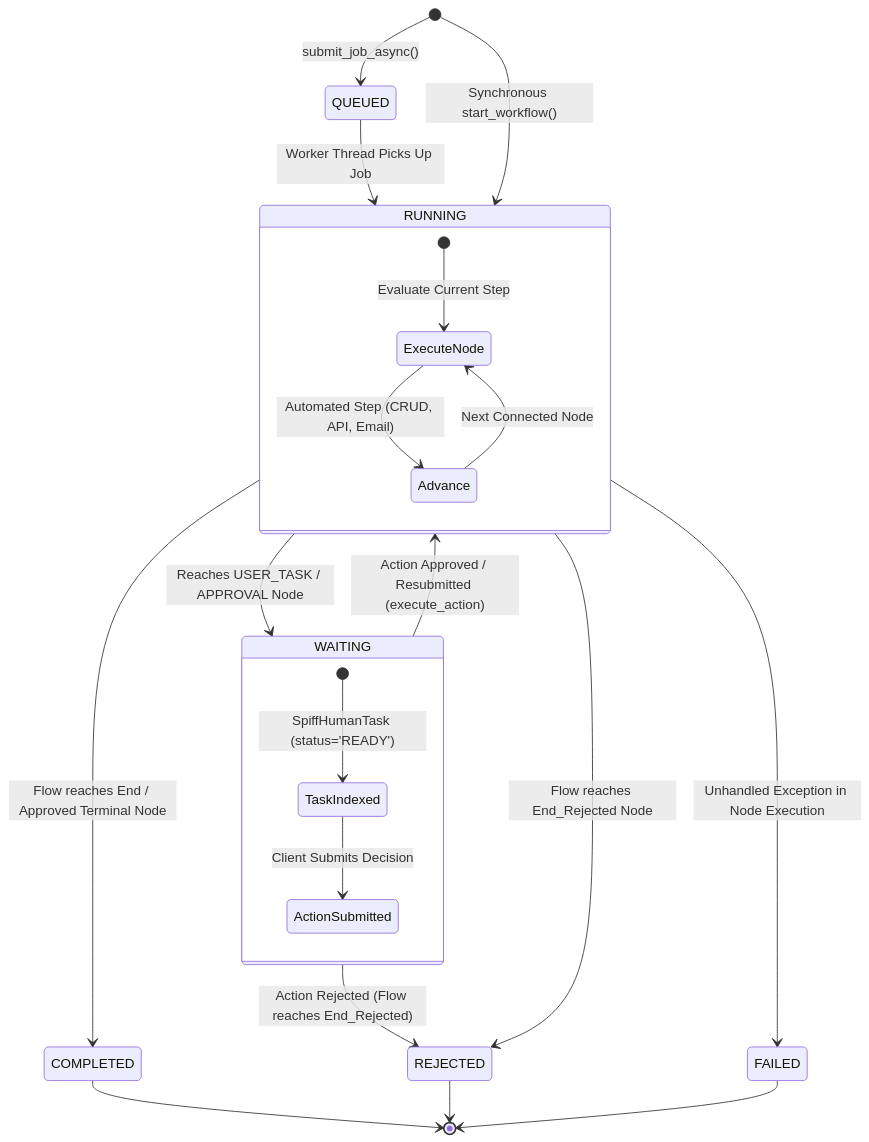
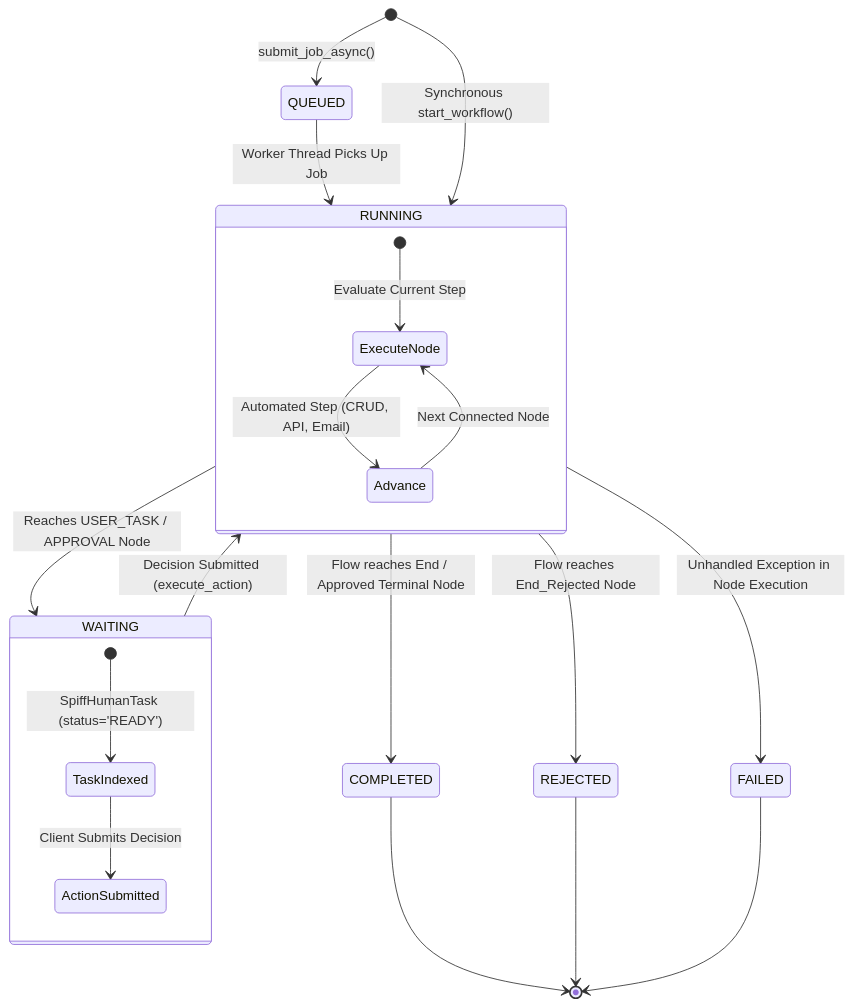
The second of 2 diagrams in docs/03-workflow-engine/workflow-lifecycle.md (jasminbabariya22-eng/WorkFlow-Automation), drawn with Mermaid before and after one commit. The commit also changed 15 other files, not shown here.

````diff
--- a/docs/03-workflow-engine/workflow-lifecycle.md
+++ b/docs/03-workflow-engine/workflow-lifecycle.md
@@ -38,30 +38,29 @@
 ```mermaid
 stateDiagram-v2
     [*] --> QUEUED: submit_job_async()
     QUEUED --> RUNNING: Worker Thread Picks Up Job
     [*] --> RUNNING: Synchronous start_workflow()
     
     state RUNNING {
         [*] --> ExecuteNode: Evaluate Current Step
         ExecuteNode --> Advance: Automated Step (CRUD, API, Email)
         Advance --> ExecuteNode: Next Connected Node
     }
     
     RUNNING --> WAITING: Reaches USER_TASK / APPROVAL Node
     
     state WAITING {
         [*] --> TaskIndexed: SpiffHumanTask (status='READY')
         TaskIndexed --> ActionSubmitted: Client Submits Decision
     }
     
-    WAITING --> RUNNING: Action Approved / Resubmitted (execute_action)
-    WAITING --> REJECTED: Action Rejected (Flow reaches End_Rejected)
+    WAITING --> RUNNING: Decision Submitted (execute_action)
     
     RUNNING --> COMPLETED: Flow reaches End / Approved Terminal Node
     RUNNING --> REJECTED: Flow reaches End_Rejected Node
     RUNNING --> FAILED: Unhandled Exception in Node Execution
     
     COMPLETED --> [*]
     REJECTED --> [*]
     FAILED --> [*]
 ```
````
